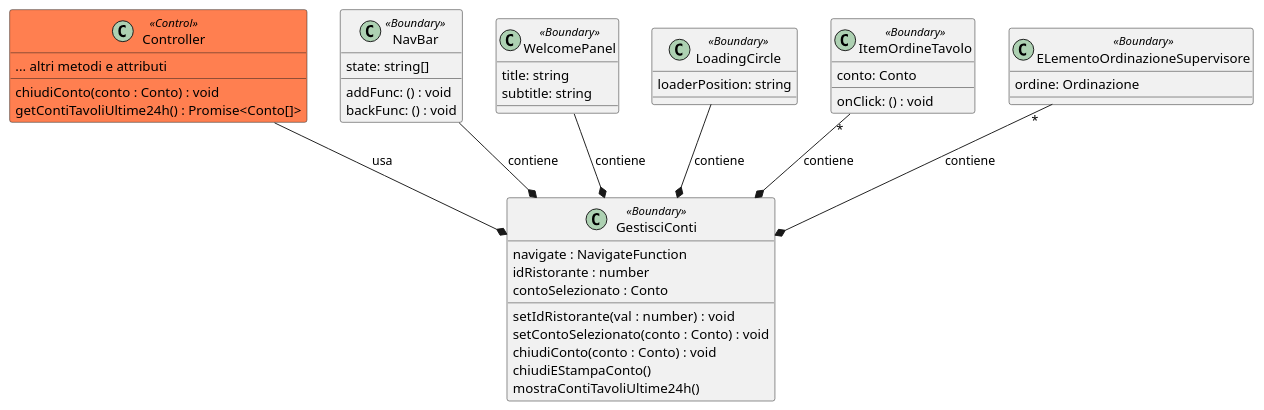
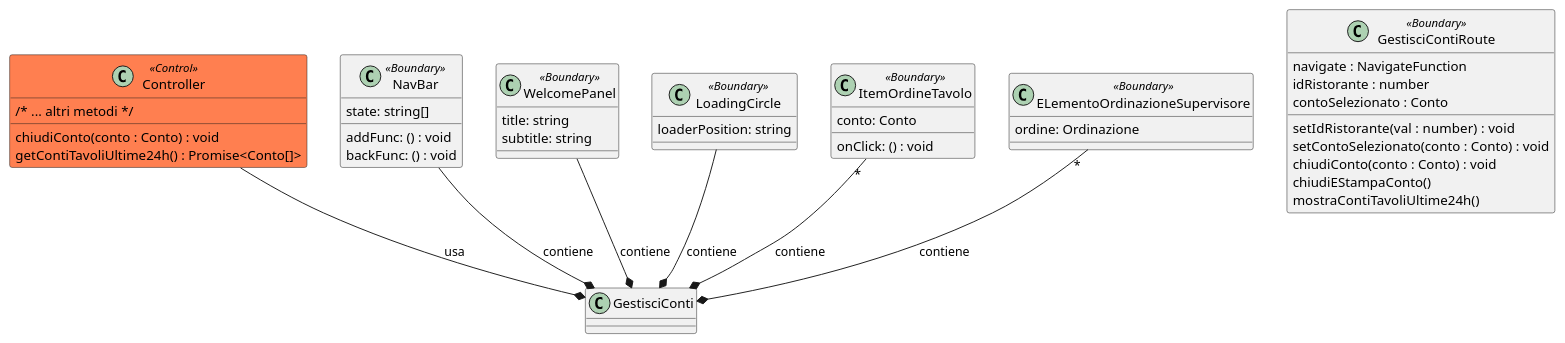
Before and after one commit to macro21KGB/Esame-INGSW-22-23: the diagram in diagrams/PUML/routes/GestisciConti.puml, drawn with PlantUML. The commit also changed 9 other files, not shown here.

```diff
--- a/diagrams/PUML/routes/GestisciConti.puml
+++ b/diagrams/PUML/routes/GestisciConti.puml
@@ -1,63 +1,63 @@
 @startuml
 
 
 class Controller <<Control>> #coral{
-... altri metodi e attributi
+/* ... altri metodi */
 chiudiConto(conto : Conto) : void
 getContiTavoliUltime24h() : Promise<Conto[]>
 }
 
-class GestisciConti<<Boundary>> {
+class GestisciContiRoute<<Boundary>> {
 navigate : NavigateFunction
 idRistorante : number
 setIdRistorante(val : number)  : void
 contoSelezionato : Conto
 setContoSelezionato(conto : Conto) : void
 chiudiConto(conto : Conto) : void
 chiudiEStampaConto()
 mostraContiTavoliUltime24h()
 }
 
 
 class NavBar <<Boundary>> {
 
 	addFunc: () : void
 	backFunc: () : void
 	state: string[]
 }
 
 
 
 class WelcomePanel <<Boundary>> {
 
     title: string
     subtitle: string
 
 }
 
 class LoadingCircle <<Boundary>> {
 
 	loaderPosition: string
 
 }
 
 
 class ItemOrdineTavolo <<Boundary>> {
 
     conto: Conto
     onClick: () : void
 
 }
 class ELementoOrdinazioneSupervisore <<Boundary>> {
 
     ordine: Ordinazione
 
 }
 ELementoOrdinazioneSupervisore "*"--* GestisciConti: contiene
 ItemOrdineTavolo "*"--* GestisciConti: contiene
 
 WelcomePanel--* GestisciConti: contiene
 NavBar --* GestisciConti: contiene
 LoadingCircle --* GestisciConti: contiene
 Controller --* GestisciConti: usa
 @enduml
```
